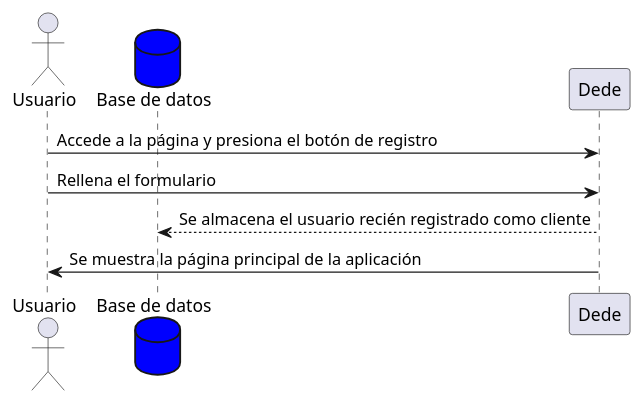
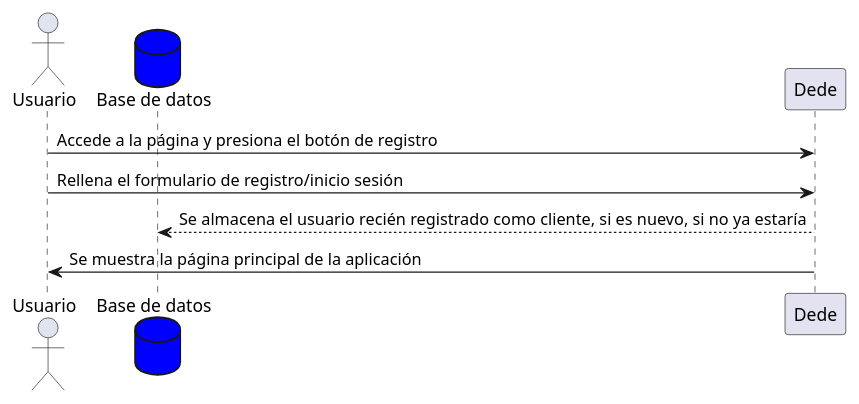
Before and after one commit to Arquisoft/dede_es2a: the sixth of 7 diagrams in docs/06_runtime_view.adoc, drawn with PlantUML. The commit also changed other lines of this file, not shown here.

First line of the commit message:
Diagrama de secuencia de cierre de sesión

```diff
--- a/docs/06_runtime_view.adoc
+++ b/docs/06_runtime_view.adoc
@@ -101,9 +101,9 @@
 [plantuml,"InicioSesion",png]
 ----
 actor Usuario
 database BaseDeDatos as "Base de datos" #blue
 Usuario -> Dede: Accede a la página y presiona el botón de registro
-Usuario -> Dede: Rellena el formulario
-BaseDeDatos <-- Dede: Se almacena el usuario recién registrado como cliente
+Usuario -> Dede: Rellena el formulario de registro/inicio sesión
+BaseDeDatos <-- Dede: Se almacena el usuario recién registrado como cliente, si es nuevo, si no ya estaría
 Usuario <- Dede: Se muestra la página principal de la aplicación
 ----
```
